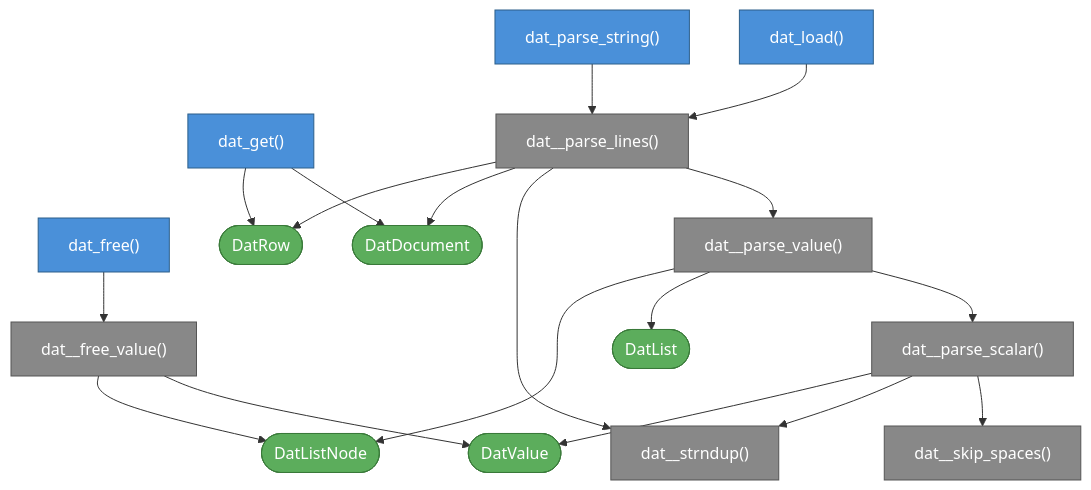
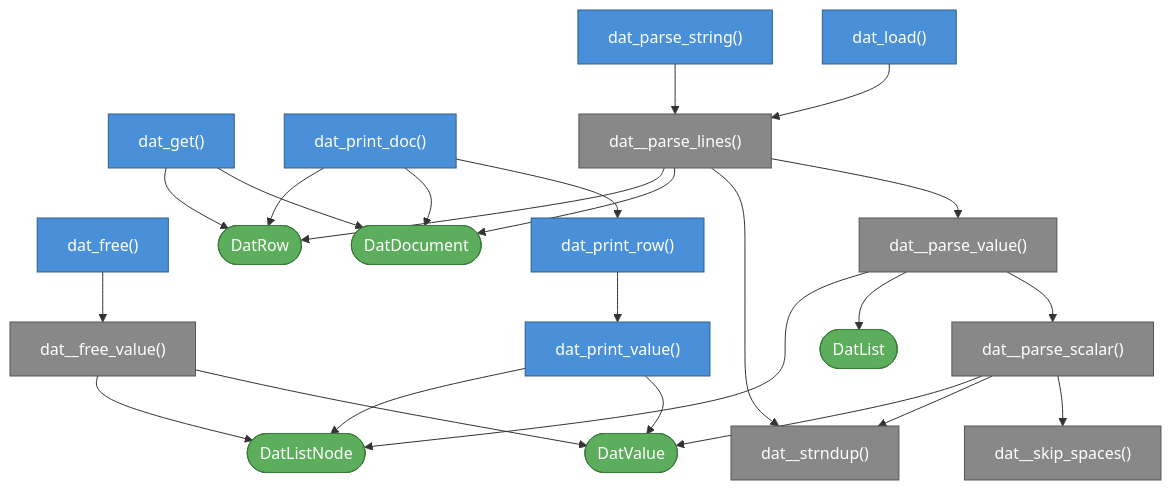
One commit to davidetorre92/skinny-headers changed the second of 2 diagrams in skinny-reader/docs/dat/skn_dat.md. Above: the diagram before and after it, drawn with Mermaid. The commit also changed other lines of this file and 2 other files, not shown here.

````diff
--- a/skinny-reader/docs/dat/skn_dat.md
+++ b/skinny-reader/docs/dat/skn_dat.md
@@ -162,52 +180,63 @@
 ```mermaid
 flowchart TD
     %% Public API
     dat_load["dat_load()"]:::pub
     dat_parse_string["dat_parse_string()"]:::pub
     dat_get["dat_get()"]:::pub
     dat_free["dat_free()"]:::pub
+    dat_print_value["dat_print_value()"]:::pub
+    dat_print_row["dat_print_row()"]:::pub
+    dat_print_doc["dat_print_doc()"]:::pub
 
     %% Internal functions
     dat__parse_lines["dat__parse_lines()"]:::internal
     dat__parse_value["dat__parse_value()"]:::internal
     dat__parse_scalar["dat__parse_scalar()"]:::internal
     dat__free_value["dat__free_value()"]:::internal
     dat__strndup["dat__strndup()"]:::internal
     dat__skip_spaces["dat__skip_spaces()"]:::internal
 
     %% Data types
     DatDocument(["DatDocument"]):::dtype
     DatRow(["DatRow"]):::dtype
     DatValue(["DatValue"]):::dtype
     DatList(["DatList"]):::dtype
     DatListNode(["DatListNode"]):::dtype
 
     %% Public -> internal
     dat_load          --> dat__parse_lines
     dat_parse_string  --> dat__parse_lines
     dat_free          --> dat__free_value
 
     %% Public -> types
     dat_get           --> DatDocument
     dat_get           --> DatRow
 
+    %% Print functions
+    dat_print_doc     --> dat_print_row
+    dat_print_doc     --> DatDocument
+    dat_print_doc     --> DatRow
+    dat_print_row     --> dat_print_value
+    dat_print_value   --> DatValue
+    dat_print_value   --> DatListNode
+
     %% Internal -> internal
     dat__parse_lines  --> dat__parse_value
     dat__parse_lines  --> dat__strndup
     dat__parse_value  --> dat__parse_scalar
     dat__parse_scalar --> dat__skip_spaces
     dat__parse_scalar --> dat__strndup
 
     %% Internal -> types (creates / returns)
     dat__parse_lines  --> DatDocument
     dat__parse_lines  --> DatRow
     dat__parse_value  --> DatList
     dat__parse_value  --> DatListNode
     dat__parse_scalar --> DatValue
     dat__free_value   --> DatValue
     dat__free_value   --> DatListNode
 
     classDef pub      fill:#4a90d9,stroke:#2c5f8a,color:#fff
     classDef internal fill:#888888,stroke:#555555,color:#fff
     classDef dtype    fill:#5cad5c,stroke:#3a7a3a,color:#fff
 ```
````
